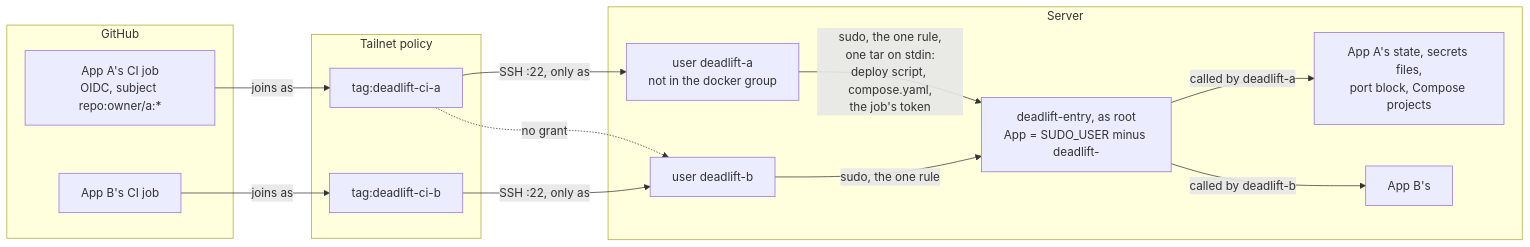
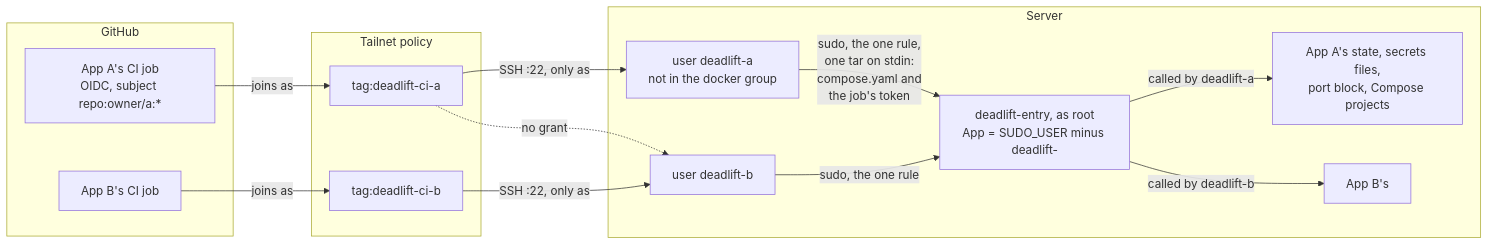
The first of 3 diagrams in docs/adr/0001-apps-isolated-from-each-other.md (hangindev/deadlift), drawn with Mermaid before and after one commit. The commit also changed other lines of this file, not shown here.

First line of the commit message:
Install the deploy script on the Server instead of delivering it

````diff
--- a/docs/adr/0001-apps-isolated-from-each-other.md
+++ b/docs/adr/0001-apps-isolated-from-each-other.md
@@ -24,27 +24,27 @@
 ```mermaid
 flowchart LR
   subgraph GH["GitHub"]
     CIA["App A's CI job<br/>OIDC, subject repo:owner/a:*"]
     CIB["App B's CI job"]
   end
   subgraph TN["Tailnet policy"]
     TA["tag:deadlift-ci-a"]
     TB["tag:deadlift-ci-b"]
   end
   subgraph SRV["Server"]
     UA["user deadlift-a<br/>not in the docker group"]
     UB["user deadlift-b"]
     ENTRY["deadlift-entry, as root<br/>App = SUDO_USER minus deadlift-"]
     SA["App A's state, secrets files,<br/>port block, Compose projects"]
     SB["App B's"]
   end
   CIA -->|"joins as"| TA
   CIB -->|"joins as"| TB
   TA -->|"SSH :22, only as"| UA
   TB -->|"SSH :22, only as"| UB
-  UA -->|"sudo, the one rule,<br/>one tar on stdin:<br/>deploy script, compose.yaml,<br/>the job's token"| ENTRY
+  UA -->|"sudo, the one rule,<br/>one tar on stdin:<br/>compose.yaml and<br/>the job's token"| ENTRY
   UB -->|"sudo, the one rule"| ENTRY
   ENTRY -->|"called by deadlift-a"| SA
   ENTRY -->|"called by deadlift-b"| SB
   TA -.->|"no grant"| UB
 ```
````
